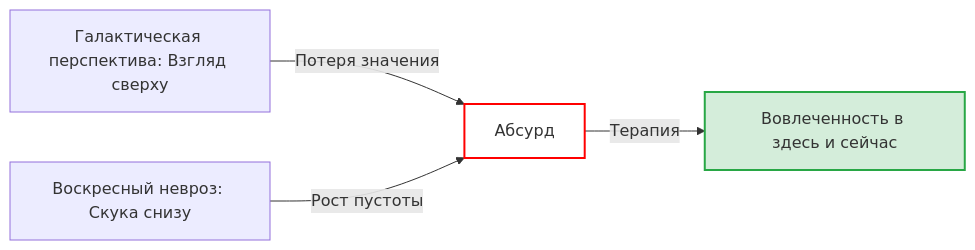
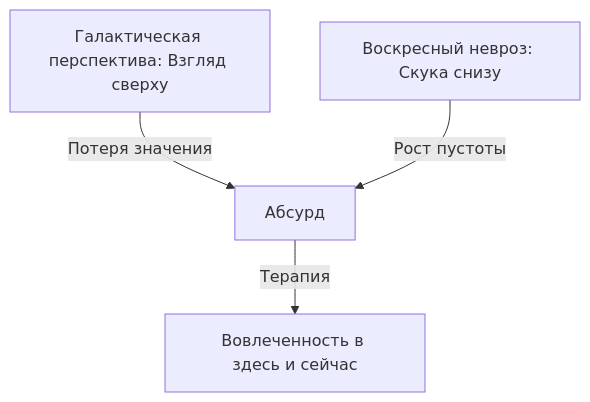
The second of 2 diagrams in content/articles/psychology/existential/ekzistencialnaya-bessmyslennost-yalom.mdx (becasualle/vimutti), drawn with Mermaid before and after one commit. The commit also changed other lines of this file and 30 other files, not shown here.

````diff
--- a/content/articles/psychology/existential/ekzistencialnaya-bessmyslennost-yalom.mdx
+++ b/content/articles/psychology/existential/ekzistencialnaya-bessmyslennost-yalom.mdx
@@ -59,8 +57,6 @@
 ```mermaid
-graph LR
+graph TD
     A[Галактическая перспектива: Взгляд сверху] -- Потеря значения --> B[Абсурд]
     C[Воскресный невроз: Скука снизу] -- Рост пустоты --> B
     B -- Терапия --> D[Вовлеченность в здесь и сейчас]
-    style B fill:#fff,stroke:#f00,stroke-width:2px
-    style D fill:#d4edda,stroke:#28a745,stroke-width:2px
 ```
````
